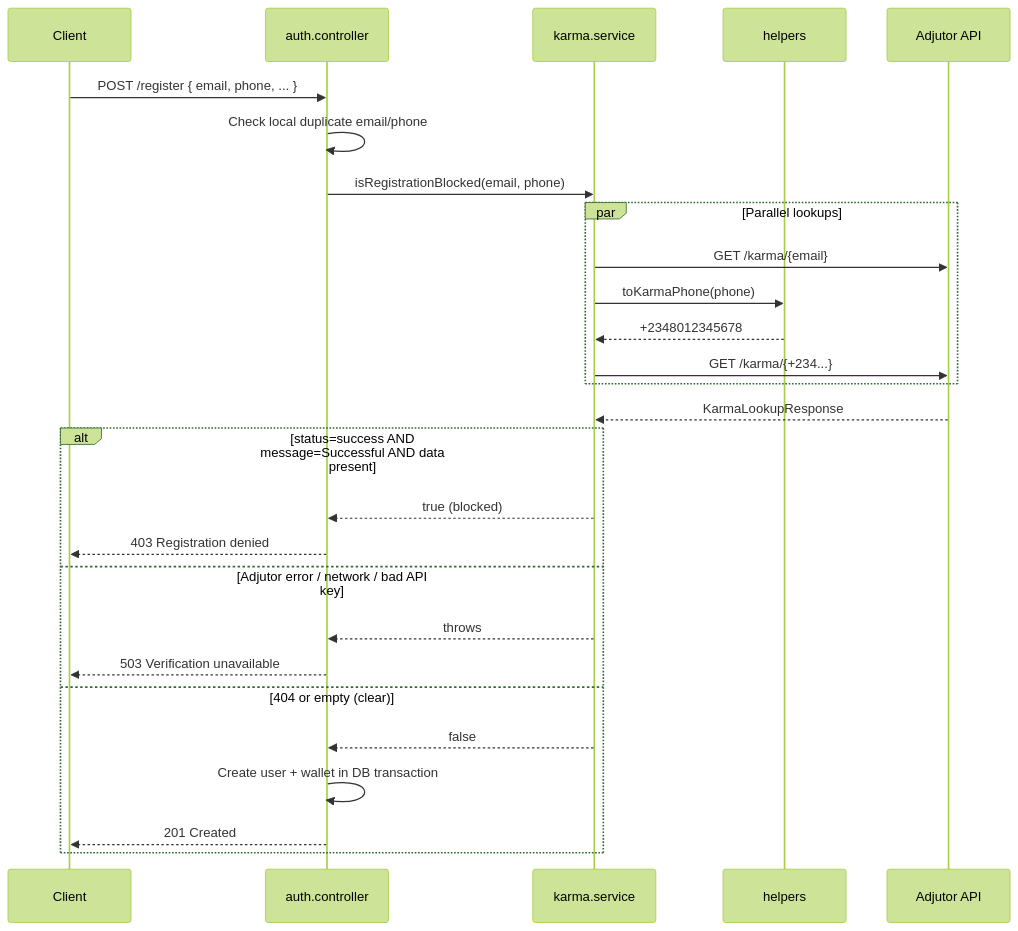
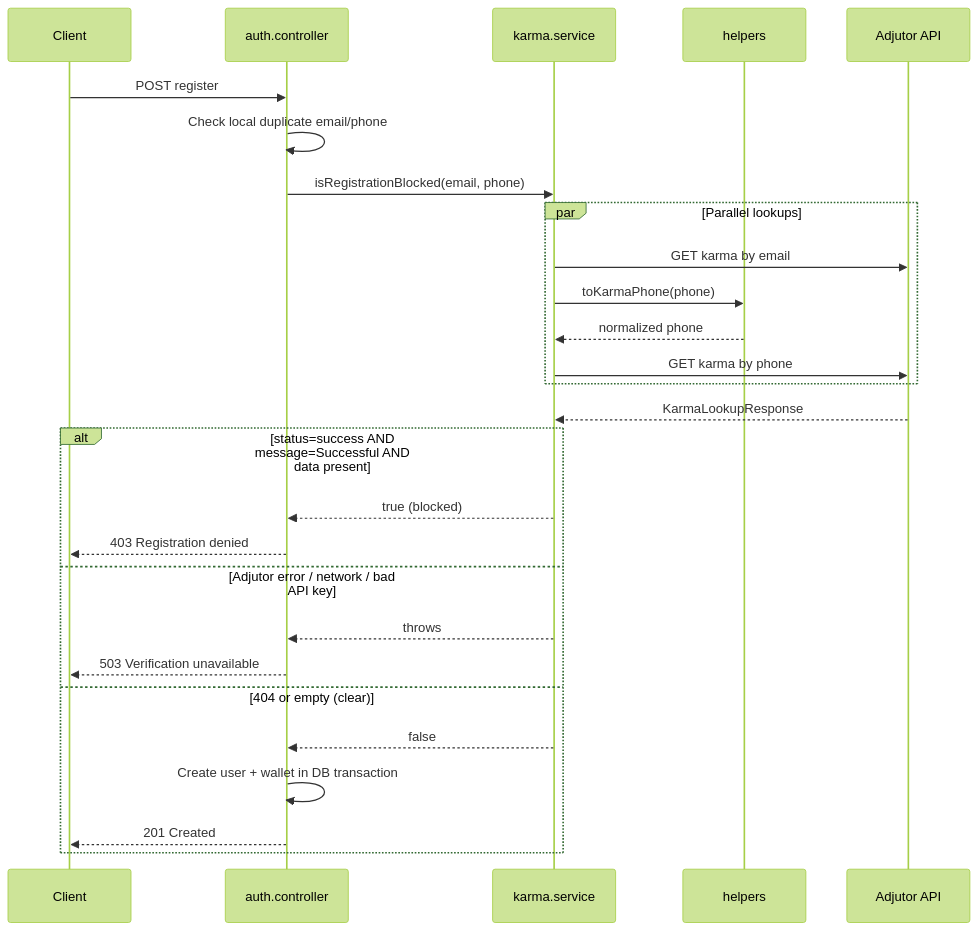
One commit to Anaboy01/Demo-Credit changed the fifth of 7 diagrams in Architecture.md. Above: the diagram before and after it, drawn with Mermaid (forest theme). The commit also changed other lines of this file, not shown here.

First line of the commit message:
fix(docs): quote Mermaid labels so GitHub can render Architecture.md

````diff
--- a/Architecture.md
+++ b/Architecture.md
@@ -211,33 +211,33 @@
 ```mermaid
 sequenceDiagram
     participant C as Client
     participant AC as auth.controller
     participant KS as karma.service
     participant H as helpers
     participant A as Adjutor API
 
-    C->>AC: POST /register { email, phone, ... }
+    C->>AC: POST register
     AC->>AC: Check local duplicate email/phone
     AC->>KS: isRegistrationBlocked(email, phone)
 
     par Parallel lookups
-        KS->>A: GET /karma/{email}
+        KS->>A: GET karma by email
         KS->>H: toKarmaPhone(phone)
-        H-->>KS: +2348012345678
-        KS->>A: GET /karma/{+234...}
+        H-->>KS: normalized phone
+        KS->>A: GET karma by phone
     end
 
     A-->>KS: KarmaLookupResponse
 
     alt status=success AND message=Successful AND data present
         KS-->>AC: true (blocked)
         AC-->>C: 403 Registration denied
     else Adjutor error / network / bad API key
         KS-->>AC: throws
         AC-->>C: 503 Verification unavailable
     else 404 or empty (clear)
         KS-->>AC: false
         AC->>AC: Create user + wallet in DB transaction
         AC-->>C: 201 Created
     end
 ```
````
